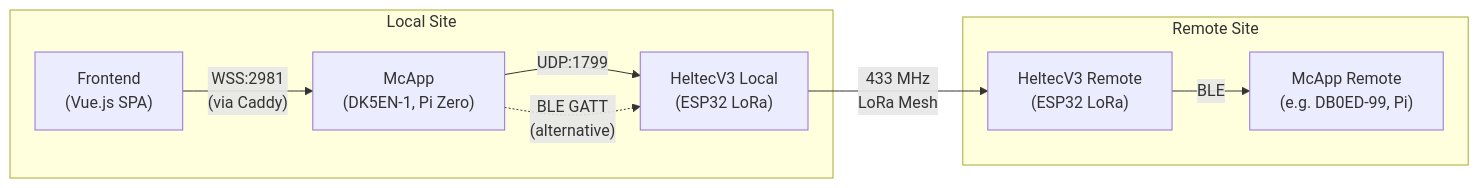
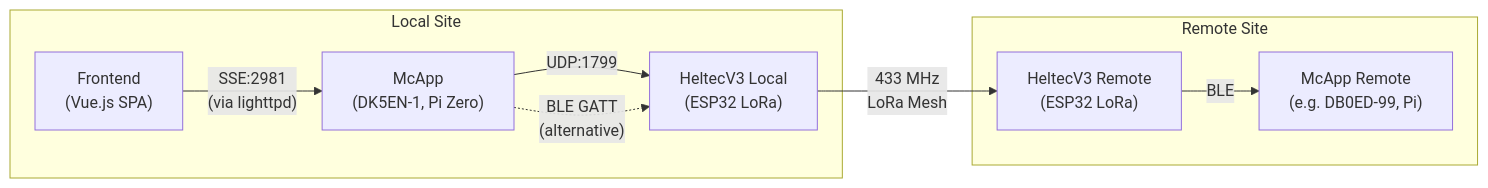
One commit to DK5EN/McApp changed the first of 7 diagrams in doc/command-if.md. Above: the diagram before and after it, drawn with Mermaid. The commit also changed other lines of this file and 4 other files, not shown here.

First line of the commit message:
[docs] Translate German docs to English, update diagrams, remove Caddy references

````diff
--- a/doc/command-if.md
+++ b/doc/command-if.md
@@ -23,19 +23,19 @@
 ```mermaid
 graph LR
     subgraph "Local Site"
         FE["Frontend<br/>(Vue.js SPA)"]
         MC["McApp<br/>(DK5EN-1, Pi Zero)"]
         HL["HeltecV3 Local<br/>(ESP32 LoRa)"]
     end
 
     subgraph "Remote Site"
         HR["HeltecV3 Remote<br/>(ESP32 LoRa)"]
         MR["McApp Remote<br/>(e.g. DB0ED-99, Pi)"]
     end
 
-    FE -- "WSS:2981<br/>(via Caddy)" --> MC
+    FE -- "SSE:2981<br/>(via lighttpd)" --> MC
     MC -- "UDP:1799" --> HL
     MC -. "BLE GATT<br/>(alternative)" .-> HL
     HL -- "433 MHz<br/>LoRa Mesh" --> HR
     HR -- "BLE" --> MR
 ```
````
